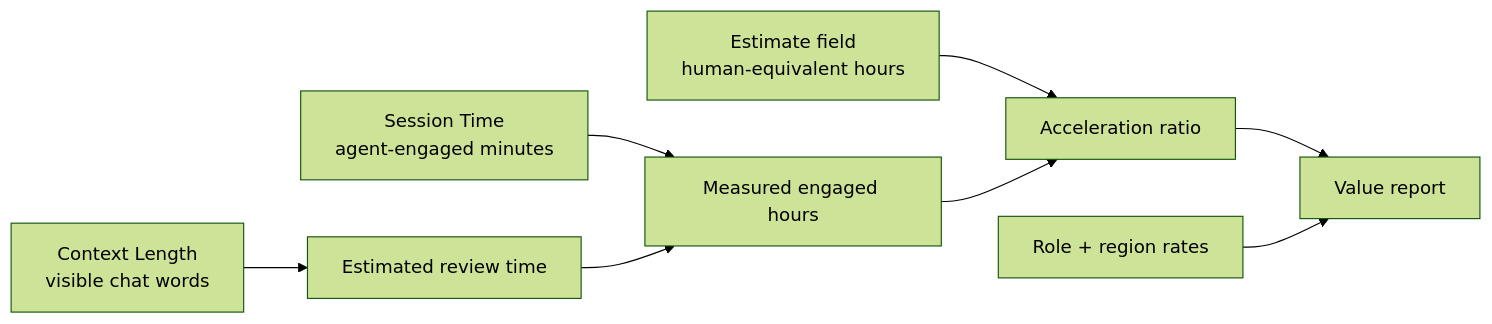
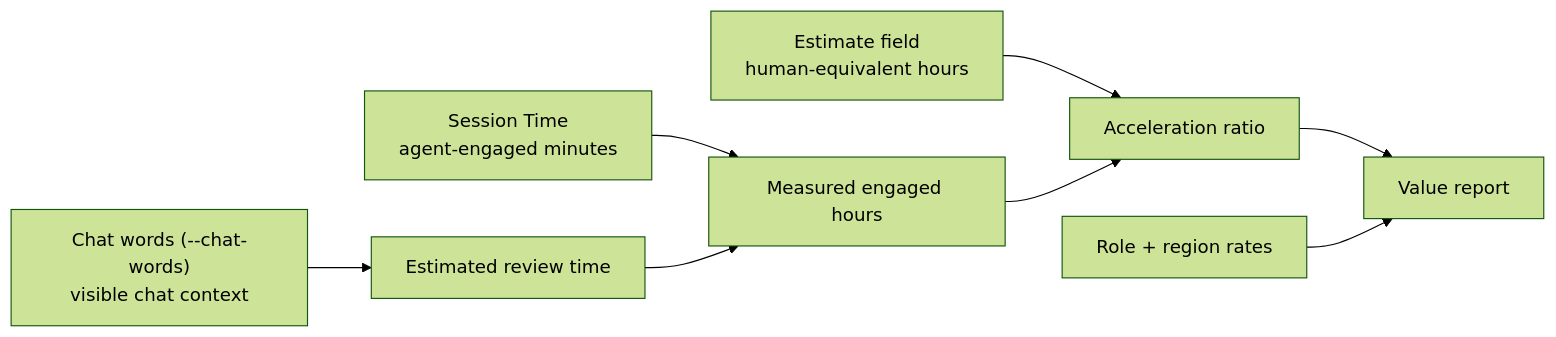
One commit to kburson/ai-task-manager changed the diagram in docs/introduction/measurement-and-roi.md. Above: the diagram before and after it, drawn with Mermaid (forest theme). The commit also changed 14 other files, not shown here.

First line of the commit message:
Drop retired Context Length field (fieldContextWords) — #260

````diff
--- a/docs/introduction/measurement-and-roi.md
+++ b/docs/introduction/measurement-and-roi.md
@@ -48,10 +48,10 @@
 ```mermaid
 flowchart LR
     Estimate["Estimate field\nhuman-equivalent hours"] --> Ratio["Acceleration ratio"]
     Session["Session Time\nagent-engaged minutes"] --> Engaged["Measured engaged hours"]
-    Context["Context Length\nvisible chat words"] --> ReviewTime["Estimated review time"]
+    Context["Chat words (--chat-words)\nvisible chat context"] --> ReviewTime["Estimated review time"]
     ReviewTime --> Engaged
     Engaged --> Ratio
     Ratio --> Report["Value report"]
     Costs["Role + region rates"] --> Report
 ```
````
